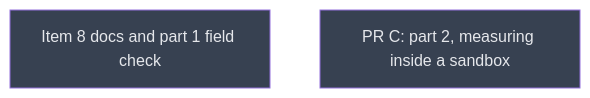
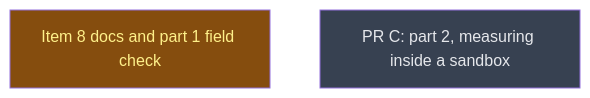
Before and after one commit to LittleCoinCoin/hypomnesis: the diagram in __roadmap__/v0214-sandbox/part1/close/README.md, drawn with Mermaid. The commit also changed other lines of this file and 5 other files, not shown here.

First line of the commit message:
docs(roadmap): amendment A2 — PR B test review; part1_close in progress

````diff
--- a/__roadmap__/v0214-sandbox/part1/close/README.md
+++ b/__roadmap__/v0214-sandbox/part1/close/README.md
@@ -20,10 +20,10 @@
 ```mermaid
 graph TD
-    part1_close[Item 8 docs and part 1 field check]:::planned
+    part1_close[Item 8 docs and part 1 field check]:::inprogress
     part2[PR C: part 2, measuring inside a sandbox]:::planned
     classDef done       fill:#166534,color:#bbf7d0
     classDef inprogress fill:#854d0e,color:#fef08a
     classDef planned    fill:#374151,color:#e5e7eb
     classDef amendment  fill:#1e3a5f,color:#bfdbfe
     classDef blocked    fill:#7f1d1d,color:#fecaca
 ```
````
